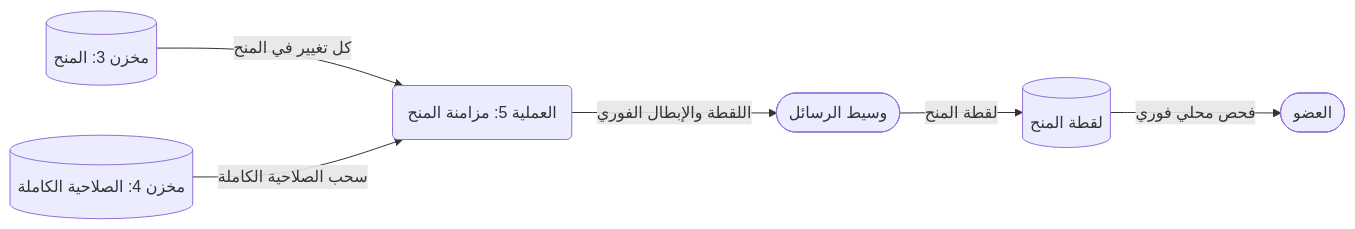
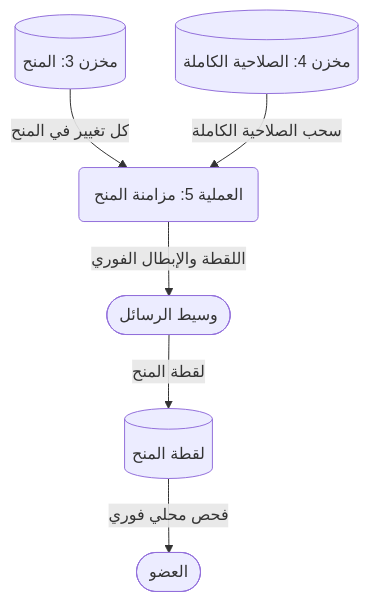
Before and after one commit to Bassam-mohammed-alqaeadi/family-os-v2: diagram 30 of 39 in docs/family-os/governance/phases/phase-1/S1-03-family-roles-and-permissions/DIAGRAMS.md, drawn with Mermaid. The commit also changed other lines of this file, not shown here.

````diff
--- a/docs/family-os/governance/phases/phase-1/S1-03-family-roles-and-permissions/DIAGRAMS.md
+++ b/docs/family-os/governance/phases/phase-1/S1-03-family-roles-and-permissions/DIAGRAMS.md
@@ -1093,15 +1099,15 @@
 ```mermaid
-flowchart LR
-    Member([العضو])
-    P5(العملية 5: مزامنة المنح)
+flowchart TD
     D3[(مخزن 3: المنح)]
     D4[(مخزن 4: الصلاحية الكاملة)]
+    P5(العملية 5: مزامنة المنح)
     Broker([وسيط الرسائل])
     Snap[(لقطة المنح)]
+    Member([العضو])
 
     D3 -->|كل تغيير في المنح| P5
     D4 -->|سحب الصلاحية الكاملة| P5
     P5 -->|اللقطة والإبطال الفوري| Broker
     Broker -->|لقطة المنح| Snap
     Snap -->|فحص محلي فوري| Member
 ```
````
